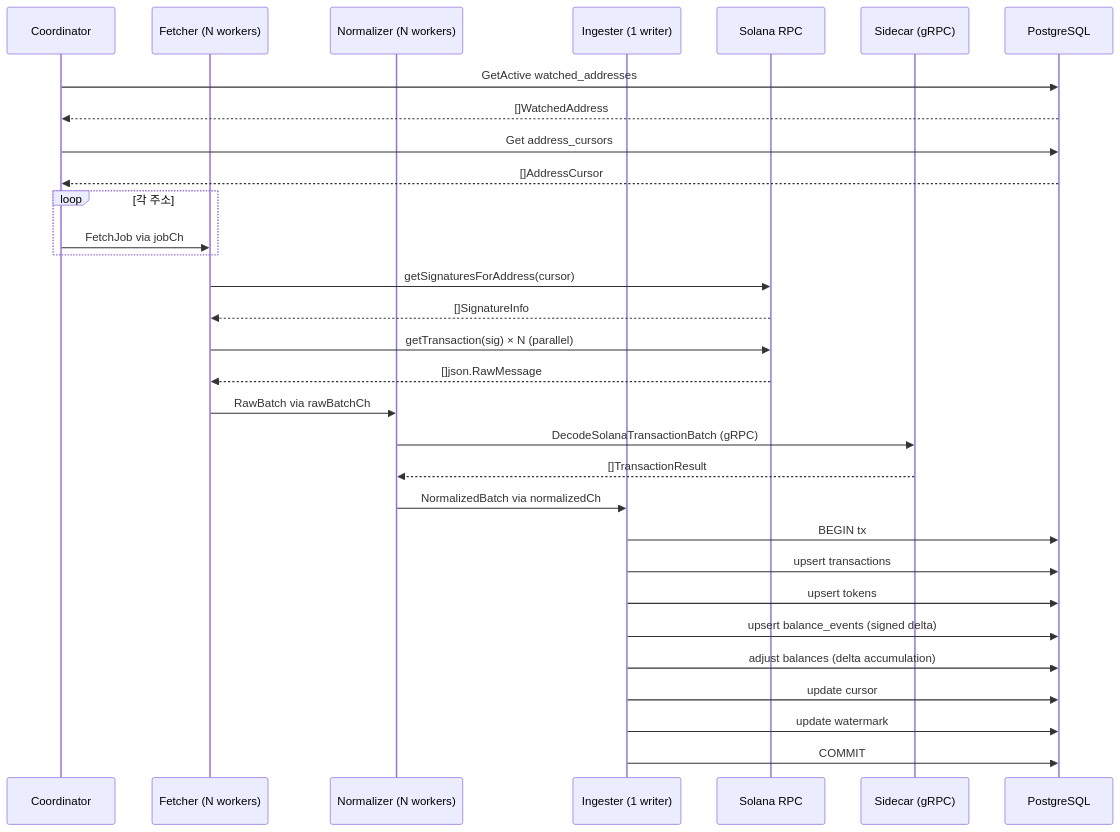
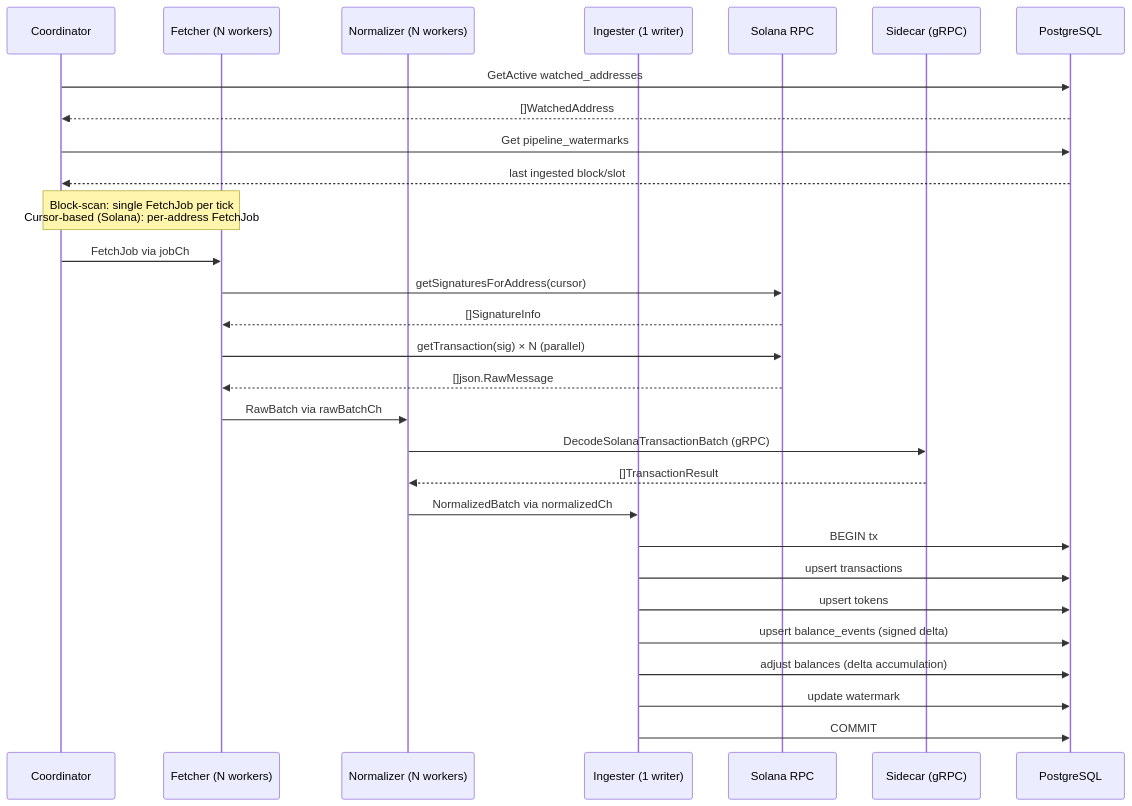
Before and after one commit to emperorhan/multichain-indexer: the fifth of 8 diagrams in docs/architecture.md, drawn with Mermaid. The commit also changed other lines of this file and 4 other files, not shown here.

First line of the commit message:
docs: Redis 제거 + address_cursors 제거 반영 — 문서 5개 최신화

````diff
--- a/docs/architecture.md
+++ b/docs/architecture.md
@@ -238,40 +235,38 @@
 ```mermaid
 sequenceDiagram
     participant C as Coordinator
     participant F as Fetcher (N workers)
     participant N as Normalizer (N workers)
     participant I as Ingester (1 writer)
     participant RPC as Solana RPC
     participant SC as Sidecar (gRPC)
     participant DB as PostgreSQL
 
     C->>DB: GetActive watched_addresses
     DB-->>C: []WatchedAddress
-    C->>DB: Get address_cursors
-    DB-->>C: []AddressCursor
+    C->>DB: Get pipeline_watermarks
+    DB-->>C: last ingested block/slot
 
-    loop 각 주소
-        C->>F: FetchJob via jobCh
-    end
+    Note over C,F: Block-scan: single FetchJob per tick<br/>Cursor-based (Solana): per-address FetchJob
+    C->>F: FetchJob via jobCh
 
     F->>RPC: getSignaturesForAddress(cursor)
     RPC-->>F: []SignatureInfo
     F->>RPC: getTransaction(sig) × N (parallel)
     RPC-->>F: []json.RawMessage
 
     F->>N: RawBatch via rawBatchCh
 
     N->>SC: DecodeSolanaTransactionBatch (gRPC)
     SC-->>N: []TransactionResult
 
     N->>I: NormalizedBatch via normalizedCh
 
     I->>DB: BEGIN tx
     I->>DB: upsert transactions
     I->>DB: upsert tokens
     I->>DB: upsert balance_events (signed delta)
     I->>DB: adjust balances (delta accumulation)
-    I->>DB: update cursor
     I->>DB: update watermark
     I->>DB: COMMIT
 ```
````
